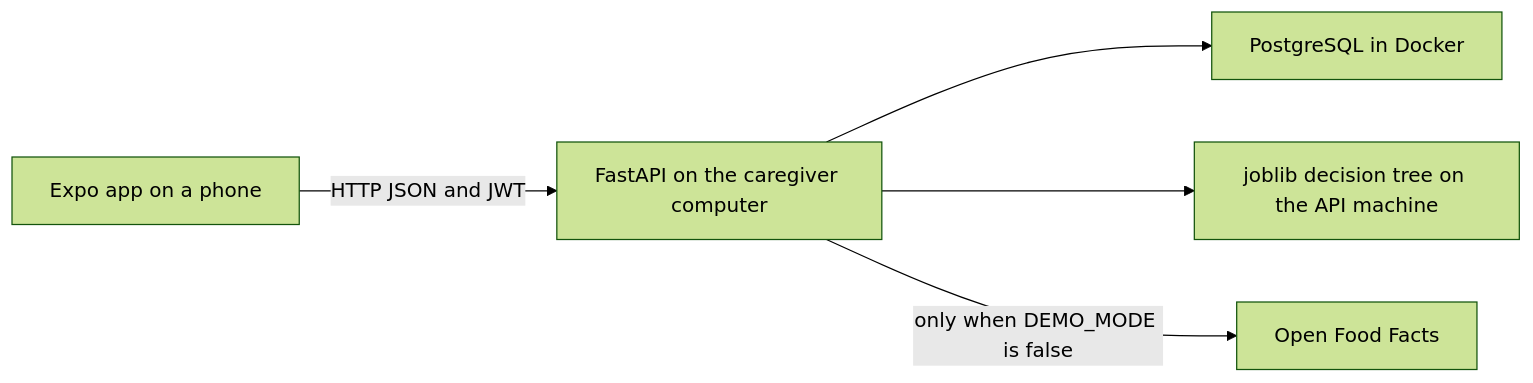
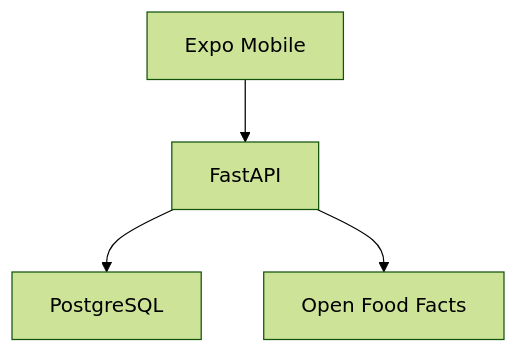
The fifth of 5 diagrams in docs/diagrams.md (punypeony/HEALTHWATCH), drawn with Mermaid (forest theme) before and after one commit. The commit also changed other lines of this file and 2 other files, not shown here.

````diff
--- a/docs/diagrams.md
+++ b/docs/diagrams.md
@@ -61,12 +168,10 @@
 ```mermaid
-flowchart LR
-  phone[Expo app on a phone]
-  api[FastAPI on the caregiver computer]
-  db[PostgreSQL in Docker]
-  model[joblib decision tree on the API machine]
+flowchart TD
+  expo[Expo Mobile]
+  api[FastAPI]
+  db[PostgreSQL]
   off[Open Food Facts]
-  phone -->|HTTP JSON and JWT| api
+  expo --> api
   api --> db
-  api --> model
-  api -->|only when DEMO_MODE is false| off
+  api --> off
 ```
````
